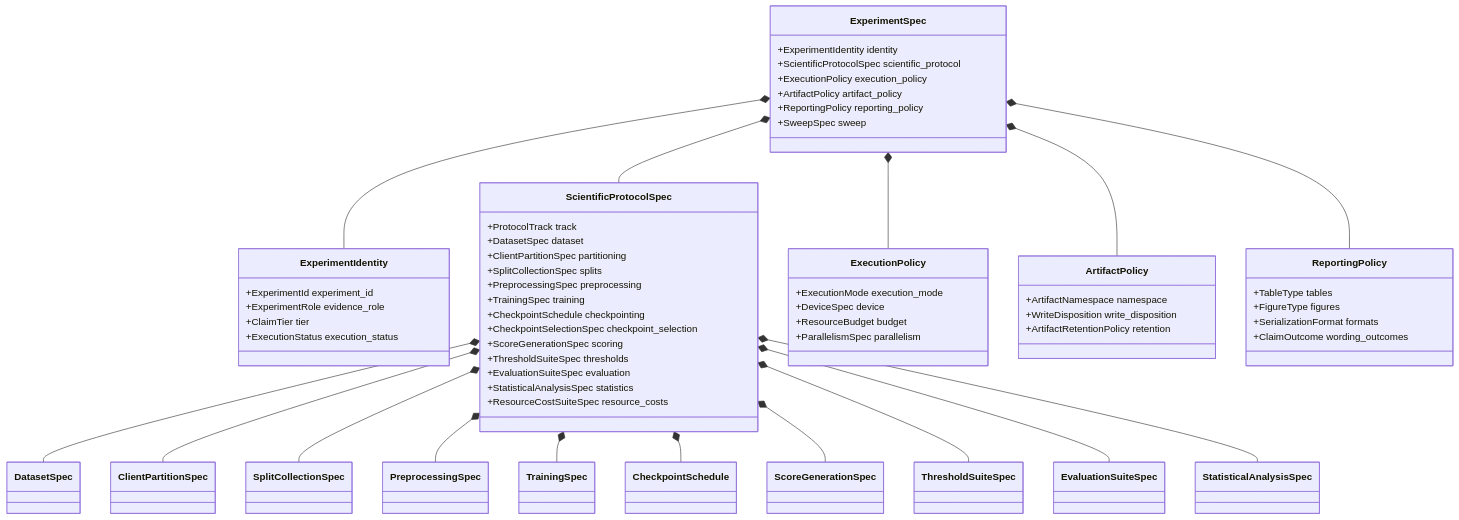
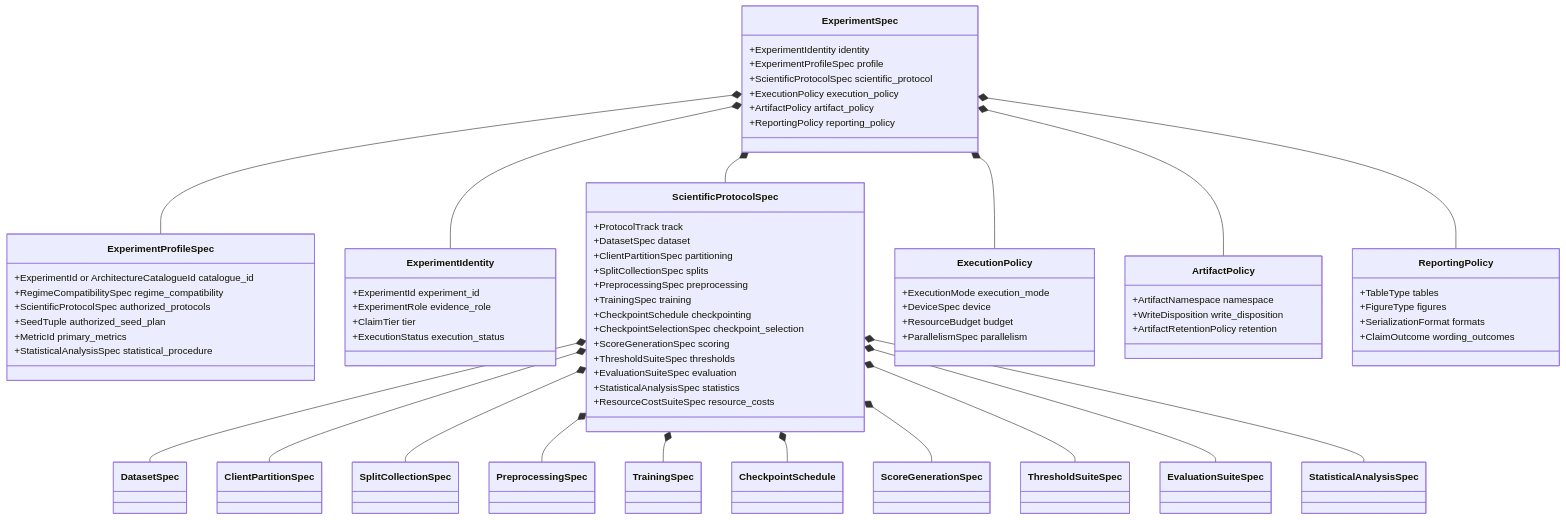
One commit to naslouby-salahe/datp-core changed the second of 10 diagrams in docs/DATP Core Architecture.md. Above: the diagram before and after it, drawn with Mermaid. The commit also changed other lines of this file, not shown here.

````diff
--- a/docs/DATP Core Architecture.md
+++ b/docs/DATP Core Architecture.md
@@ -623,64 +655,73 @@
 ```mermaid
 classDiagram
     class ExperimentSpec {
       +ExperimentIdentity identity
+      +ExperimentProfileSpec profile
       +ScientificProtocolSpec scientific_protocol
       +ExecutionPolicy execution_policy
       +ArtifactPolicy artifact_policy
       +ReportingPolicy reporting_policy
-      +SweepSpec sweep
+    }
+    class ExperimentProfileSpec {
+      +ExperimentId or ArchitectureCatalogueId catalogue_id
+      +RegimeCompatibilitySpec regime_compatibility
+      +ScientificProtocolSpec authorized_protocols
+      +SeedTuple authorized_seed_plan
+      +MetricId primary_metrics
+      +StatisticalAnalysisSpec statistical_procedure
     }
     class ExperimentIdentity {
       +ExperimentId experiment_id
       +ExperimentRole evidence_role
       +ClaimTier tier
       +ExecutionStatus execution_status
     }
     class ScientificProtocolSpec {
       +ProtocolTrack track
       +DatasetSpec dataset
       +ClientPartitionSpec partitioning
       +SplitCollectionSpec splits
       +PreprocessingSpec preprocessing
       +TrainingSpec training
       +CheckpointSchedule checkpointing
       +CheckpointSelectionSpec checkpoint_selection
       +ScoreGenerationSpec scoring
       +ThresholdSuiteSpec thresholds
       +EvaluationSuiteSpec evaluation
       +StatisticalAnalysisSpec statistics
       +ResourceCostSuiteSpec resource_costs
     }
     class ExecutionPolicy {
       +ExecutionMode execution_mode
       +DeviceSpec device
       +ResourceBudget budget
       +ParallelismSpec parallelism
     }
     class ArtifactPolicy {
       +ArtifactNamespace namespace
       +WriteDisposition write_disposition
       +ArtifactRetentionPolicy retention
     }
     class ReportingPolicy {
       +TableType tables
       +FigureType figures
       +SerializationFormat formats
       +ClaimOutcome wording_outcomes
     }
     ExperimentSpec *-- ExperimentIdentity
+    ExperimentSpec *-- ExperimentProfileSpec
     ExperimentSpec *-- ScientificProtocolSpec
     ExperimentSpec *-- ExecutionPolicy
     ExperimentSpec *-- ArtifactPolicy
     ExperimentSpec *-- ReportingPolicy
     ScientificProtocolSpec *-- DatasetSpec
     ScientificProtocolSpec *-- ClientPartitionSpec
     ScientificProtocolSpec *-- SplitCollectionSpec
     ScientificProtocolSpec *-- PreprocessingSpec
     ScientificProtocolSpec *-- TrainingSpec
     ScientificProtocolSpec *-- CheckpointSchedule
     ScientificProtocolSpec *-- ScoreGenerationSpec
     ScientificProtocolSpec *-- ThresholdSuiteSpec
     ScientificProtocolSpec *-- EvaluationSuiteSpec
     ScientificProtocolSpec *-- StatisticalAnalysisSpec
 ```
````
